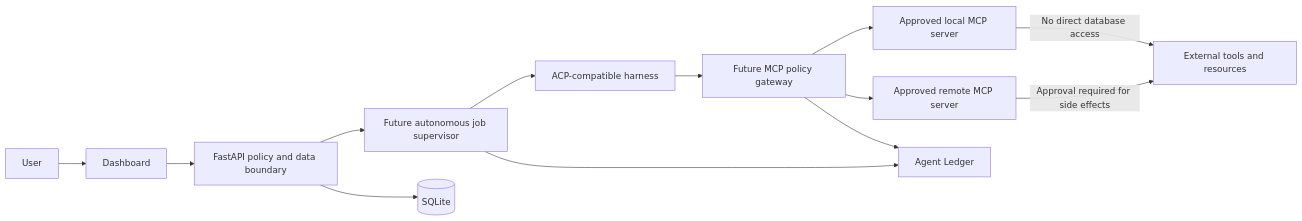
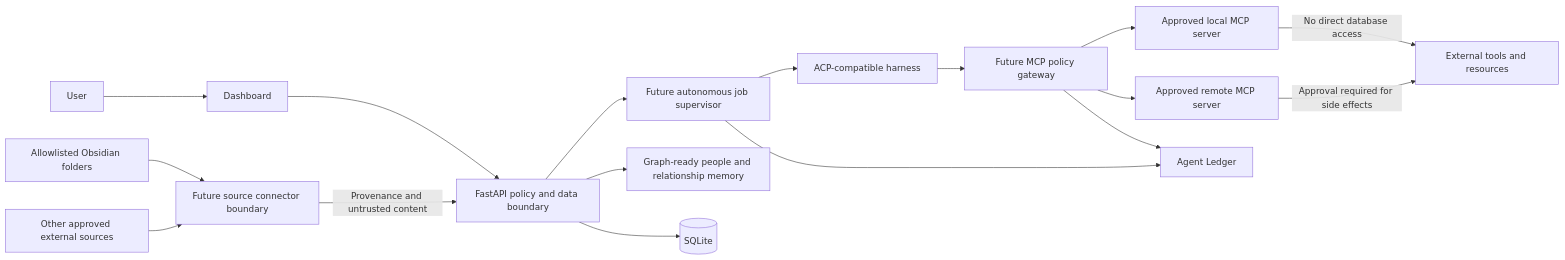
One commit to syamas77/life-dashboard changed the seventh of 12 diagrams in docs/architecture.md. Above: the diagram before and after it, drawn with Mermaid. The commit also changed other lines of this file and 2 other files, not shown here.

First line of the commit message:
docs: expand roadmap with people graph and knowledge sources

````diff
--- a/docs/architecture.md
+++ b/docs/architecture.md
@@ -223,15 +225,19 @@
 ```mermaid
 flowchart LR
     User[User] --> UI[Dashboard]
     UI --> API[FastAPI policy and data boundary]
     API --> Jobs[Future autonomous job supervisor]
     Jobs --> ACP[ACP-compatible harness]
     ACP --> Gateway[Future MCP policy gateway]
     Gateway --> LocalMCP[Approved local MCP server]
     Gateway --> RemoteMCP[Approved remote MCP server]
     LocalMCP -->|No direct database access| Tools[External tools and resources]
     RemoteMCP -->|Approval required for side effects| Tools
+    Obsidian[Allowlisted Obsidian folders] --> Connectors[Future source connector boundary]
+    Sources[Other approved external sources] --> Connectors
+    Connectors -->|Provenance and untrusted content| API
+    API --> Graph[Graph-ready people and relationship memory]
     API --> DB[(SQLite)]
     Jobs --> Ledger[Agent Ledger]
     Gateway --> Ledger
 ```
````
